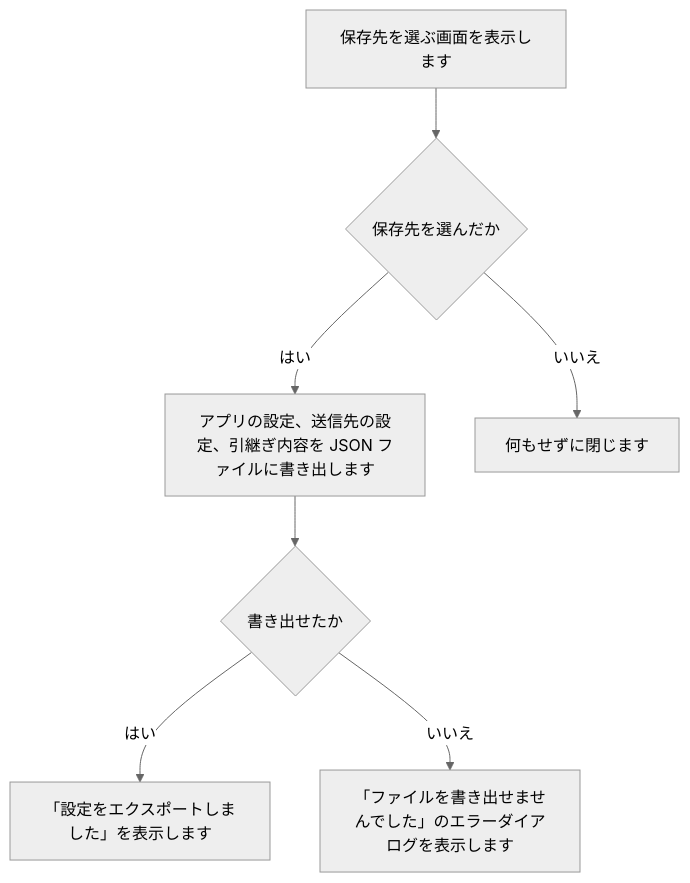
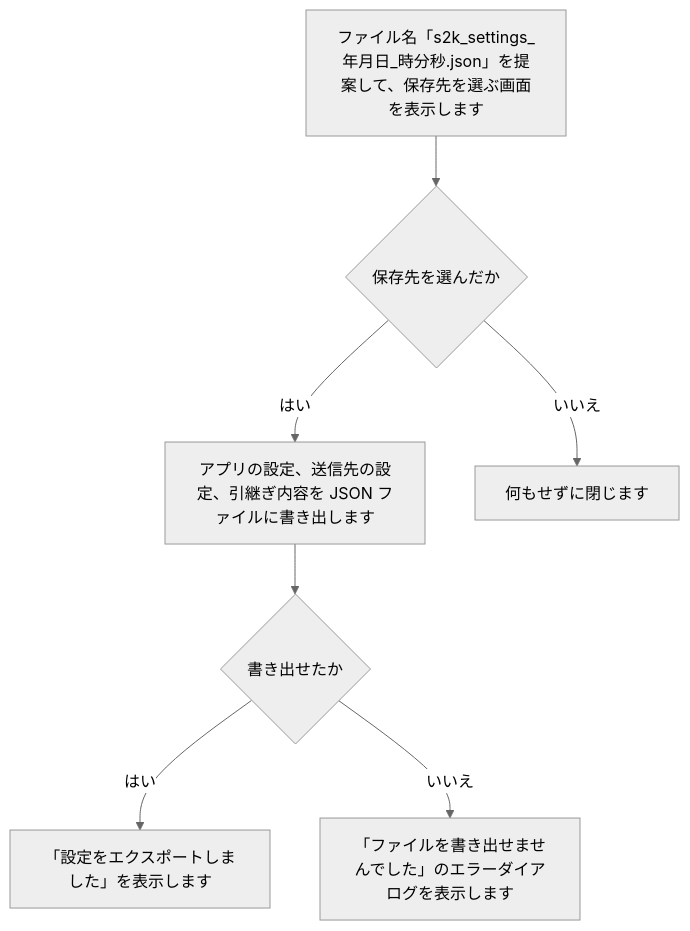
Diagram 25 of 34 in tool/smstokintone/doc/02_設計/処理フロー.md (nishida2073/project_management), drawn with Mermaid (neutral theme) before and after one commit. The commit also changed other lines of this file and 5 other files, not shown here.

````diff
--- a/tool/smstokintone/doc/02_設計/処理フロー.md
+++ b/tool/smstokintone/doc/02_設計/処理フロー.md
@@ -444,9 +431,9 @@
 ```mermaid
 flowchart TD
-  A["保存先を選ぶ画面を表示します"] --> B{"保存先を選んだか"}
+  A["ファイル名「s2k_settings_年月日_時分秒.json」を提案して、保存先を選ぶ画面を表示します"] --> B{"保存先を選んだか"}
   B -- はい --> D["アプリの設定、送信先の設定、引継ぎ内容を JSON ファイルに書き出します"]
   B -- いいえ --> C["何もせずに閉じます"]
   D --> E{"書き出せたか"}
   E -- はい --> F["「設定をエクスポートしました」を表示します"]
   E -- いいえ --> G["「ファイルを書き出せませんでした」のエラーダイアログを表示します"]
 ```
````
